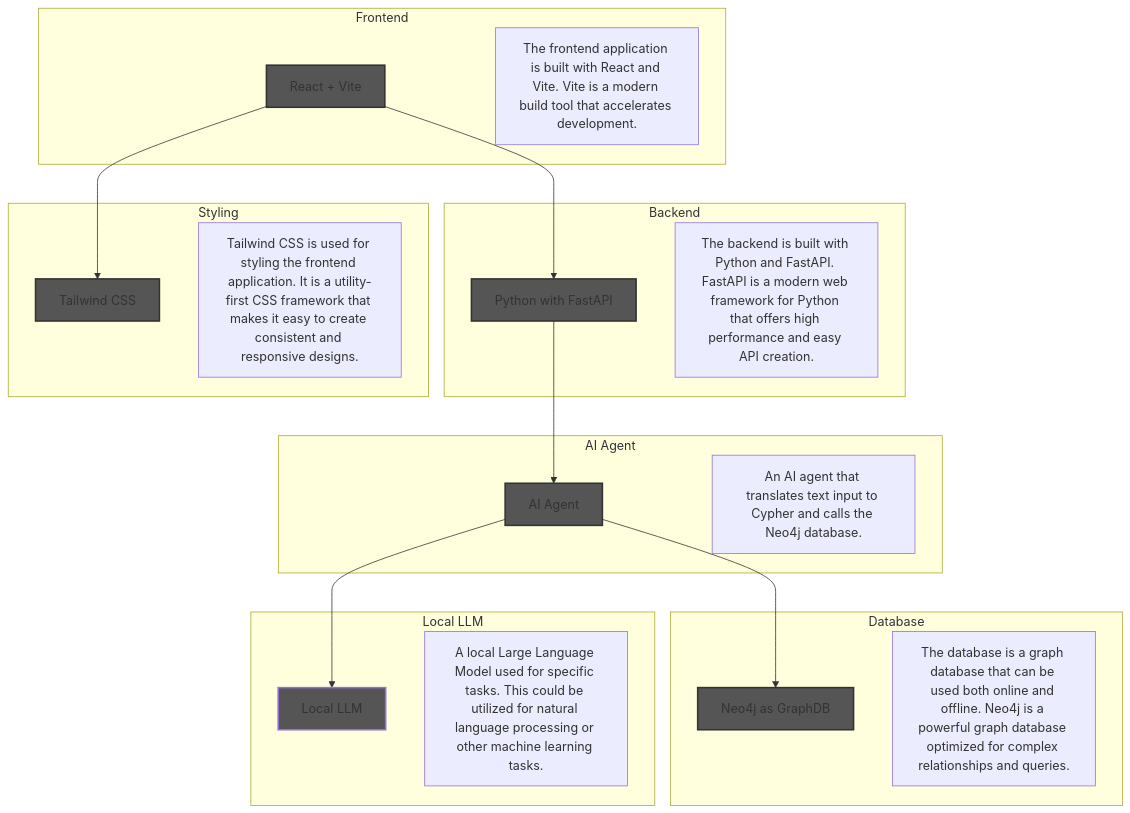
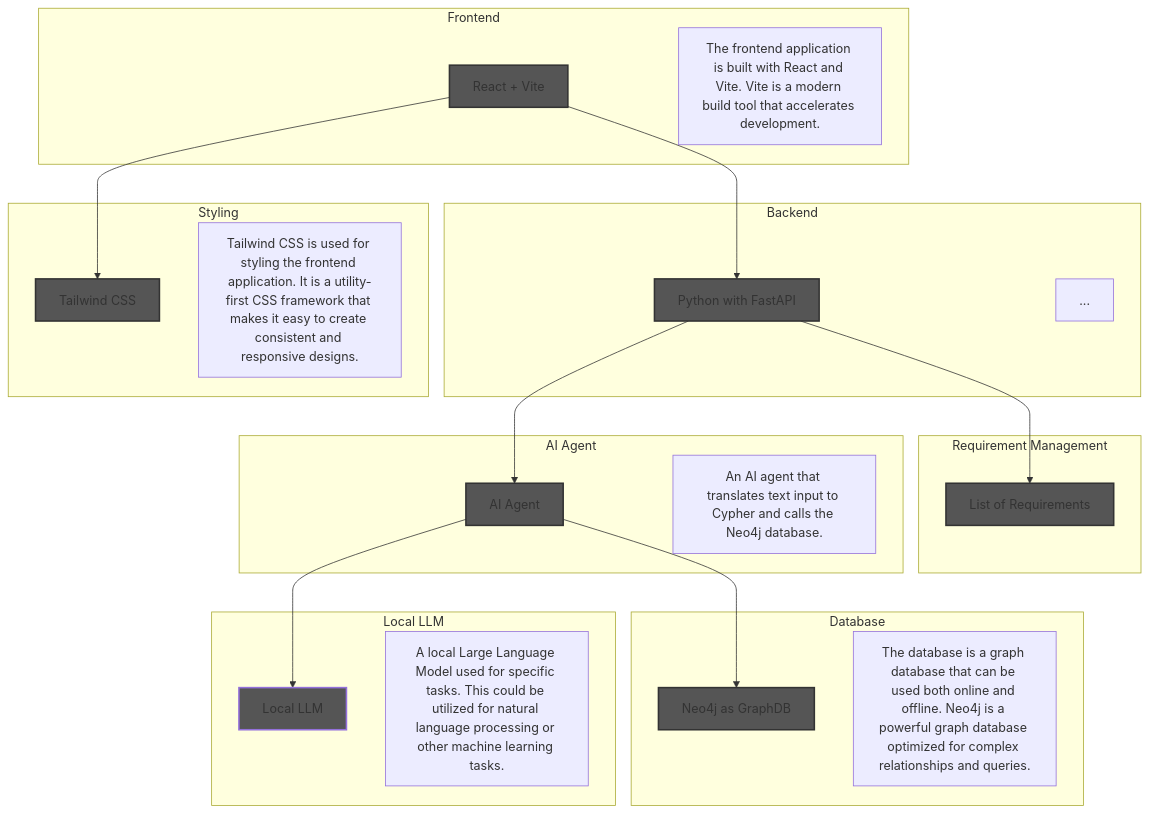
Before and after one commit to blog-fl/poc-archi-to-neo4j-to-app: the diagram in README.md, drawn with Mermaid.

````diff
--- a/README.md
+++ b/README.md
@@ -4,48 +4,55 @@
 ```mermaid
 graph TD
     subgraph Frontend
         A[React + Vite]
         A1[The frontend application is built with React and Vite. Vite is a modern build tool that accelerates development.]
     end
 
     subgraph Backend
         B[Python with FastAPI]
         B1[The backend is built with Python and FastAPI. FastAPI is a modern web framework for Python that offers high performance and easy API creation.]
+    end
+
+    subgraph Requirement Management
+        RFP[List of Requirements]
+        B1[...]
     end
 
     subgraph Database
         C[Neo4j as GraphDB]
         C1[The database is a graph database that can be used both online and offline. Neo4j is a powerful graph database optimized for complex relationships and queries.]
     end
 
     subgraph Local LLM
         D[Local LLM]
         D1[A local Large Language Model used for specific tasks. This could be utilized for natural language processing or other machine learning tasks.]
     end
 
     subgraph AI Agent
         F[AI Agent]
         F1[An AI agent that translates text input to Cypher and calls the Neo4j database.]
     end
 
     subgraph Styling
         E[Tailwind CSS]
         E1[Tailwind CSS is used for styling the frontend application. It is a utility-first CSS framework that makes it easy to create consistent and responsive designs.]
     end
 
 
 
     A --> B
     B --> F
     A --> E
     F --> C
     F --> D
+    B --> RFP
 
     style A fill:#555,stroke:#333,stroke-width:2px
     style B fill:#555,stroke:#333,stroke-width:2px
     style C fill:#555,stroke:#333,stroke-width:2px
     style D fill:#555,stroke-width:2px
     style E fill:#555,stroke:#333,stroke-width:2px
     style F fill:#555,stroke:#333,stroke-width:2px
+    style RFP fill:#555,stroke:#333,stroke-width:2px
 
 ```
````
